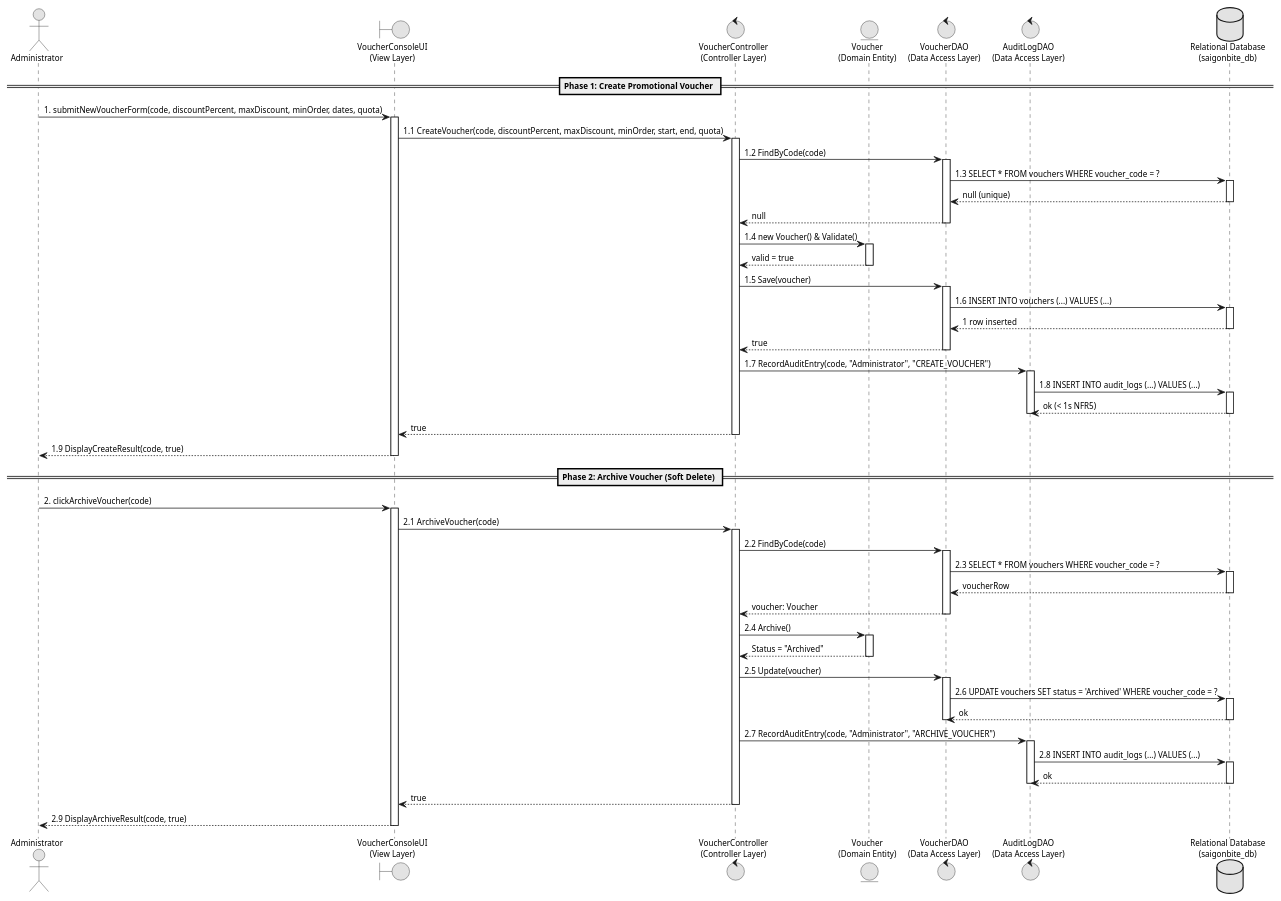
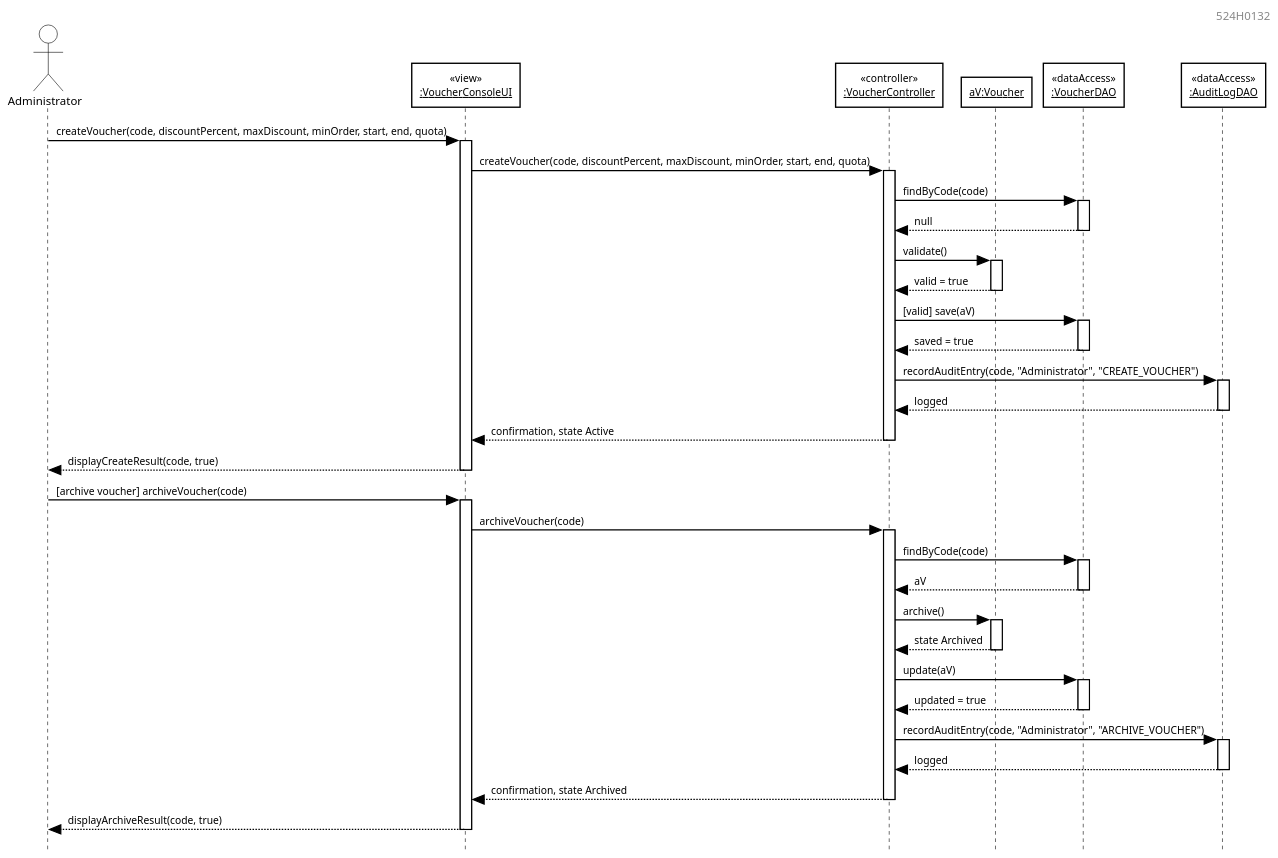
The diagram in Part_3/models/UC15_Modified_Sequence_Diagram.puml (DoQuocTrung06/SaigonBite-RAD-TeamF10), drawn with PlantUML before and after one commit. The commit also changed 51 other files, not shown here.

```diff
--- a/Part_3/models/UC15_Modified_Sequence_Diagram.puml
+++ b/Part_3/models/UC15_Modified_Sequence_Diagram.puml
@@ -1,103 +1,85 @@
-@startuml Figure_4_3_2_UC15_Modified_Sequence_Diagram
-skinparam backgroundColor #FFFFFF
+@startuml
+skinparam style strictuml
 skinparam monochrome true
 skinparam shadowing false
-skinparam defaultFontName "Calibri"
-skinparam defaultFontSize 11
-skinparam defaultFontColor #000000
-skinparam linetype ortho
-skinparam roundCorner 0
-hide circle
+skinparam backgroundColor #FFFFFF
+skinparam defaultFontName Arial
+skinparam defaultFontSize 10
+skinparam roundcorner 0
+skinparam dpi 150
+hide footbox
+
+skinparam SequenceLifeLineBorderColor #000000
+skinparam SequenceLifeLineBackgroundColor #FFFFFF
+skinparam ParticipantBackgroundColor #FFFFFF
+skinparam ParticipantBorderColor #000000
+skinparam ParticipantBorderThickness 1.2
+skinparam ParticipantFontColor #000000
+skinparam ParticipantFontSize 9
+skinparam ActorBackgroundColor #FFFFFF
+skinparam ActorBorderColor #000000
+skinparam ActorFontColor #000000
+skinparam ArrowColor #000000
+skinparam ArrowThickness 1.1
+skinparam ArrowFontColor #000000
+skinparam ArrowFontSize 9
+
+right header 524H0132
 
 actor "Administrator" as Admin
-boundary "VoucherConsoleUI\n(View Layer)" as UI
-control "VoucherController\n(Controller Layer)" as Ctrl
-entity "Voucher\n(Domain Entity)" as Vch
-control "VoucherDAO\n(Data Access Layer)" as VDAO
-control "AuditLogDAO\n(Data Access Layer)" as AuditDAO
-database "Relational Database\n(saigonbite_db)" as DB
+participant "<<view>>\n__:VoucherConsoleUI__" as UI
+participant "<<controller>>\n__:VoucherController__" as Ctrl
+participant "__aV:Voucher__" as Vch
+participant "<<dataAccess>>\n__:VoucherDAO__" as VDAO
+participant "<<dataAccess>>\n__:AuditLogDAO__" as AuditDAO
 
-== Phase 1: Create Promotional Voucher ==
-Admin -> UI: 1. submitNewVoucherForm(code, discountPercent, maxDiscount, minOrder, dates, quota)
+Admin -> UI: createVoucher(code, discountPercent, maxDiscount, minOrder, start, end, quota)
 activate UI
-UI -> Ctrl: 1.1 CreateVoucher(code, discountPercent, maxDiscount, minOrder, start, end, quota)
+UI -> Ctrl: createVoucher(code, discountPercent, maxDiscount, minOrder, start, end, quota)
 activate Ctrl
-
-Ctrl -> VDAO: 1.2 FindByCode(code)
+Ctrl -> VDAO: findByCode(code)
 activate VDAO
-VDAO -> DB: 1.3 SELECT * FROM vouchers WHERE voucher_code = ?
-activate DB
-DB --> VDAO: null (unique)
-deactivate DB
 VDAO --> Ctrl: null
 deactivate VDAO
-
-Ctrl -> Vch: 1.4 new Voucher() & Validate()
+Ctrl -> Vch: validate()
 activate Vch
 Vch --> Ctrl: valid = true
 deactivate Vch
-
-Ctrl -> VDAO: 1.5 Save(voucher)
+Ctrl -> VDAO: [valid] save(aV)
 activate VDAO
-VDAO -> DB: 1.6 INSERT INTO vouchers (...) VALUES (...)
-activate DB
-DB --> VDAO: 1 row inserted
-deactivate DB
-VDAO --> Ctrl: true
+VDAO --> Ctrl: saved = true
 deactivate VDAO
-
-Ctrl -> AuditDAO: 1.7 RecordAuditEntry(code, "Administrator", "CREATE_VOUCHER")
+Ctrl -> AuditDAO: recordAuditEntry(code, "Administrator", "CREATE_VOUCHER")
 activate AuditDAO
-AuditDAO -> DB: 1.8 INSERT INTO audit_logs (...) VALUES (...)
-activate DB
-DB --> AuditDAO: ok (< 1s NFR5)
-deactivate DB
+AuditDAO --> Ctrl: logged
 deactivate AuditDAO
-
-Ctrl --> UI: true
+Ctrl --> UI: confirmation, state Active
 deactivate Ctrl
-UI --> Admin: 1.9 DisplayCreateResult(code, true)
+UI --> Admin: displayCreateResult(code, true)
 deactivate UI
 
-== Phase 2: Archive Voucher (Soft Delete) ==
-Admin -> UI: 2. clickArchiveVoucher(code)
+Admin -> UI: [archive voucher] archiveVoucher(code)
 activate UI
-UI -> Ctrl: 2.1 ArchiveVoucher(code)
+UI -> Ctrl: archiveVoucher(code)
 activate Ctrl
-
-Ctrl -> VDAO: 2.2 FindByCode(code)
+Ctrl -> VDAO: findByCode(code)
 activate VDAO
-VDAO -> DB: 2.3 SELECT * FROM vouchers WHERE voucher_code = ?
-activate DB
-DB --> VDAO: voucherRow
-deactivate DB
-VDAO --> Ctrl: voucher: Voucher
+VDAO --> Ctrl: aV
 deactivate VDAO
-
-Ctrl -> Vch: 2.4 Archive()
+Ctrl -> Vch: archive()
 activate Vch
-Vch --> Ctrl: Status = "Archived"
+Vch --> Ctrl: state Archived
 deactivate Vch
-
-Ctrl -> VDAO: 2.5 Update(voucher)
+Ctrl -> VDAO: update(aV)
 activate VDAO
-VDAO -> DB: 2.6 UPDATE vouchers SET status = 'Archived' WHERE voucher_code = ?
-activate DB
-DB --> VDAO: ok
-deactivate DB
+VDAO --> Ctrl: updated = true
 deactivate VDAO
-
-Ctrl -> AuditDAO: 2.7 RecordAuditEntry(code, "Administrator", "ARCHIVE_VOUCHER")
+Ctrl -> AuditDAO: recordAuditEntry(code, "Administrator", "ARCHIVE_VOUCHER")
 activate AuditDAO
-AuditDAO -> DB: 2.8 INSERT INTO audit_logs (...) VALUES (...)
-activate DB
-DB --> AuditDAO: ok
-deactivate DB
+AuditDAO --> Ctrl: logged
 deactivate AuditDAO
-
-Ctrl --> UI: true
+Ctrl --> UI: confirmation, state Archived
 deactivate Ctrl
-UI --> Admin: 2.9 DisplayArchiveResult(code, true)
+UI --> Admin: displayArchiveResult(code, true)
 deactivate UI
-
 @enduml
```
